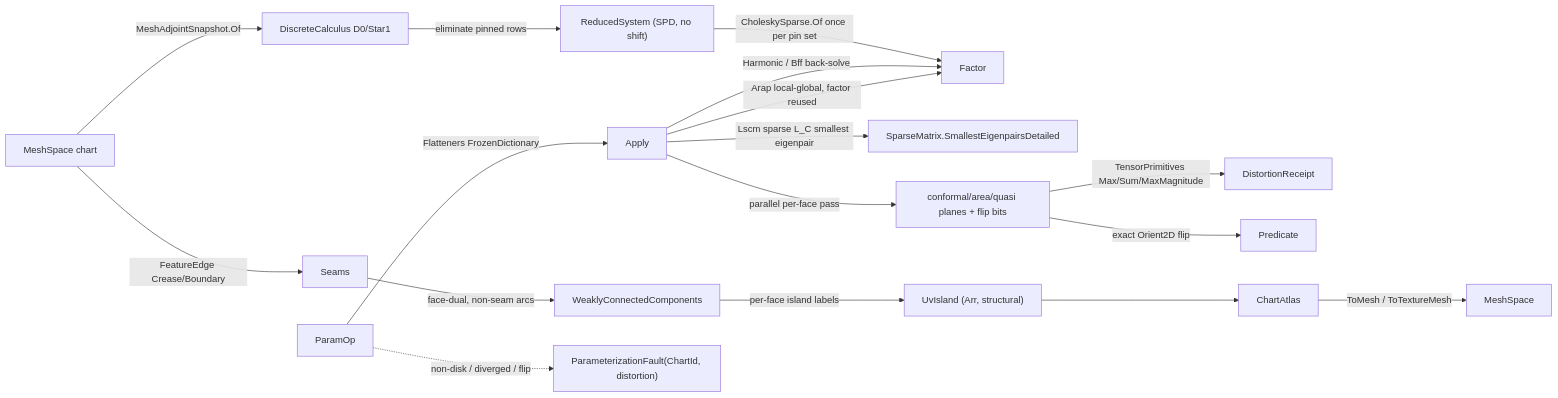
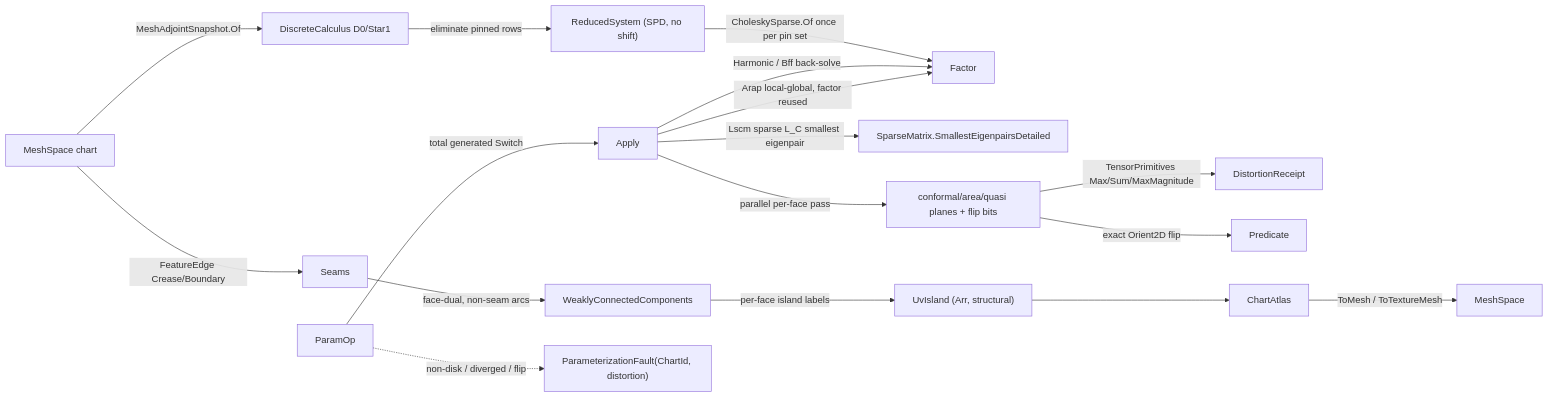
One commit to bsamiee/Rasm changed the diagram in libs/csharp/Rasm/.planning/Processing/flatten.md. Above: the diagram before and after it, drawn with Mermaid. The commit also changed other lines of this file and 22 other files, not shown here.

````diff
--- a/libs/csharp/Rasm/.planning/Processing/flatten.md
+++ b/libs/csharp/Rasm/.planning/Processing/flatten.md
@@ -661,19 +685,19 @@
 ```mermaid
 flowchart LR
     Chart["MeshSpace chart"] -->|MeshAdjointSnapshot.Of| DEC["DiscreteCalculus D0/Star1"]
     DEC -->|eliminate pinned rows| Reduced["ReducedSystem (SPD, no shift)"]
     Reduced -->|CholeskySparse.Of once per pin set| Factor
     Chart -->|FeatureEdge Crease/Boundary| Seams
-    ParamOp -->|Flatteners FrozenDictionary| Apply
+    ParamOp -->|total generated Switch| Apply
     Apply -->|Harmonic / Bff back-solve| Factor
     Apply -->|Lscm sparse L_C smallest eigenpair| Lobpcg["SparseMatrix.SmallestEigenpairsDetailed"]
     Apply -->|Arap local-global, factor reused| Factor
     Apply -->|parallel per-face pass| Distortion["conformal/area/quasi planes + flip bits"]
     Distortion -->|TensorPrimitives Max/Sum/MaxMagnitude| Receipt["DistortionReceipt"]
     Distortion -->|exact Orient2D flip| Predicate
     Seams -->|face-dual, non-seam arcs| QuikGraph["WeaklyConnectedComponents"]
     QuikGraph -->|per-face island labels| Islands["UvIsland (Arr, structural)"]
     Islands --> ChartAtlas
     ChartAtlas -->|ToMesh / ToTextureMesh| MeshSpaceOut["MeshSpace"]
     ParamOp -.->|non-disk / diverged / flip| GeometryFault["ParameterizationFault(ChartId, distortion)"]
 ```
````
